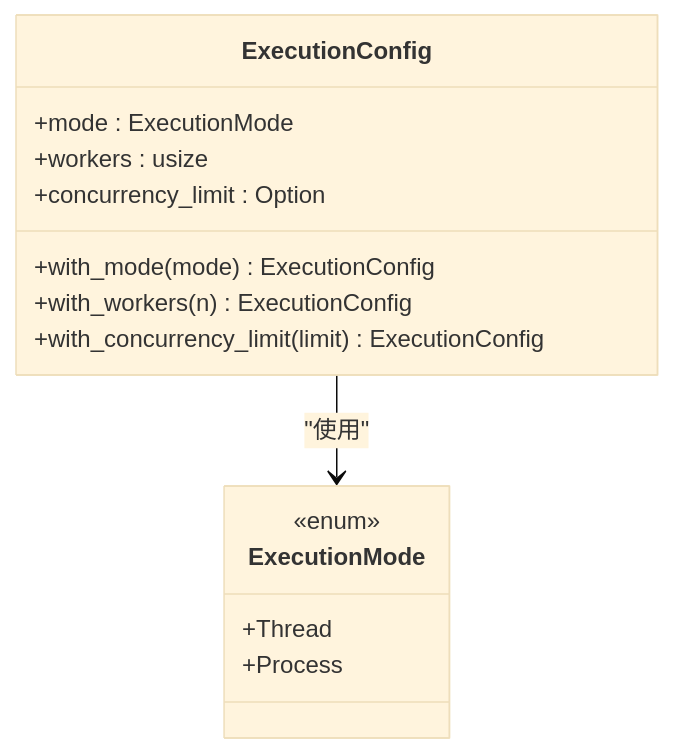
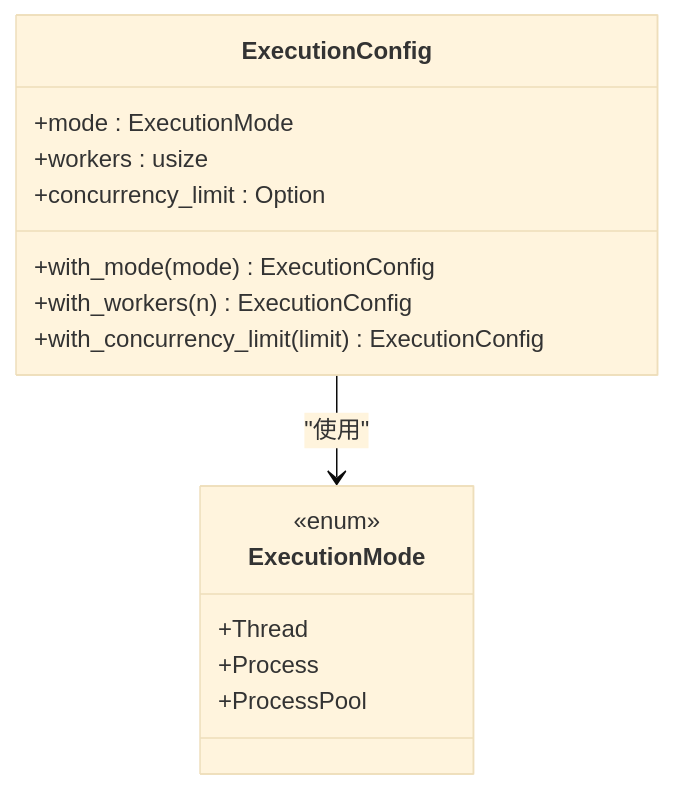
One commit to xcry2006/execute changed the ninth of 10 diagrams in .qoder/repowiki/zh/content/并发控制机制.md. Above: the diagram before and after it, drawn with Mermaid (base theme). The commit also changed other lines of this file and 9 other files, not shown here.

````diff
--- a/.qoder/repowiki/zh/content/并发控制机制.md
+++ b/.qoder/repowiki/zh/content/并发控制机制.md
@@ -315,17 +387,18 @@
 ```mermaid
 classDiagram
 class ExecutionMode {
 <<enum>>
 +Thread
 +Process
++ProcessPool
 }
 class ExecutionConfig {
 +mode : ExecutionMode
 +workers : usize
 +concurrency_limit : Option<usize>
 +with_mode(mode) ExecutionConfig
 +with_workers(n) ExecutionConfig
 +with_concurrency_limit(limit) ExecutionConfig
 }
 ExecutionConfig --> ExecutionMode : "使用"
 ```
````
